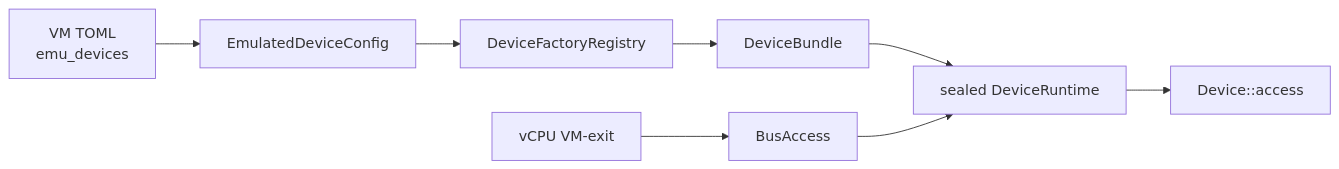
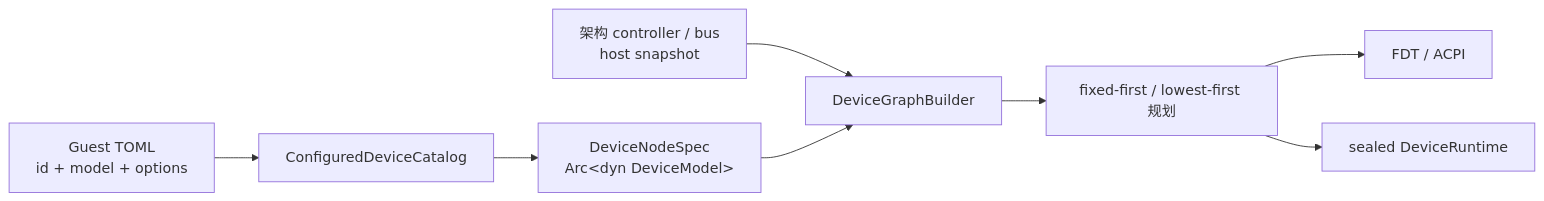
The diagram in docs/docs/architecture/axvisor/emulated-devices.md (Dirinkbottle/tgoskits), drawn with Mermaid before and after one commit. The commit also changed other lines of this file and 210 other files, not shown here.

First line of the commit message:
feat(axvisor): build VMs from a resolved device graph (#1718)

````diff
--- a/docs/docs/architecture/axvisor/emulated-devices.md
+++ b/docs/docs/architecture/axvisor/emulated-devices.md
@@ -89,19 +7,10 @@
 ```mermaid
 flowchart LR
-    Toml["VM TOML<br/>emu_devices"]
-    Config["EmulatedDeviceConfig"]
-    Registry["DeviceFactoryRegistry"]
-    Bundle["DeviceBundle"]
-    Runtime["sealed DeviceRuntime"]
-    Exit["vCPU VM-exit"]
-    Access["BusAccess"]
-    Device["Device::access"]
-
-    Toml --> Config
-    Config --> Registry
-    Registry --> Bundle
-    Bundle --> Runtime
-    Exit --> Access
-    Access --> Runtime
-    Runtime --> Device
+    T["Guest TOML<br/>id + model + options"] --> C["ConfiguredDeviceCatalog"]
+    C --> N["DeviceNodeSpec<br/>Arc&lt;dyn DeviceModel&gt;"]
+    A["架构 controller / bus<br/>host snapshot"] --> G["DeviceGraphBuilder"]
+    N --> G
+    G --> P["fixed-first / lowest-first 规划"]
+    P --> F["FDT / ACPI"]
+    P --> R["sealed DeviceRuntime"]
 ```
````
